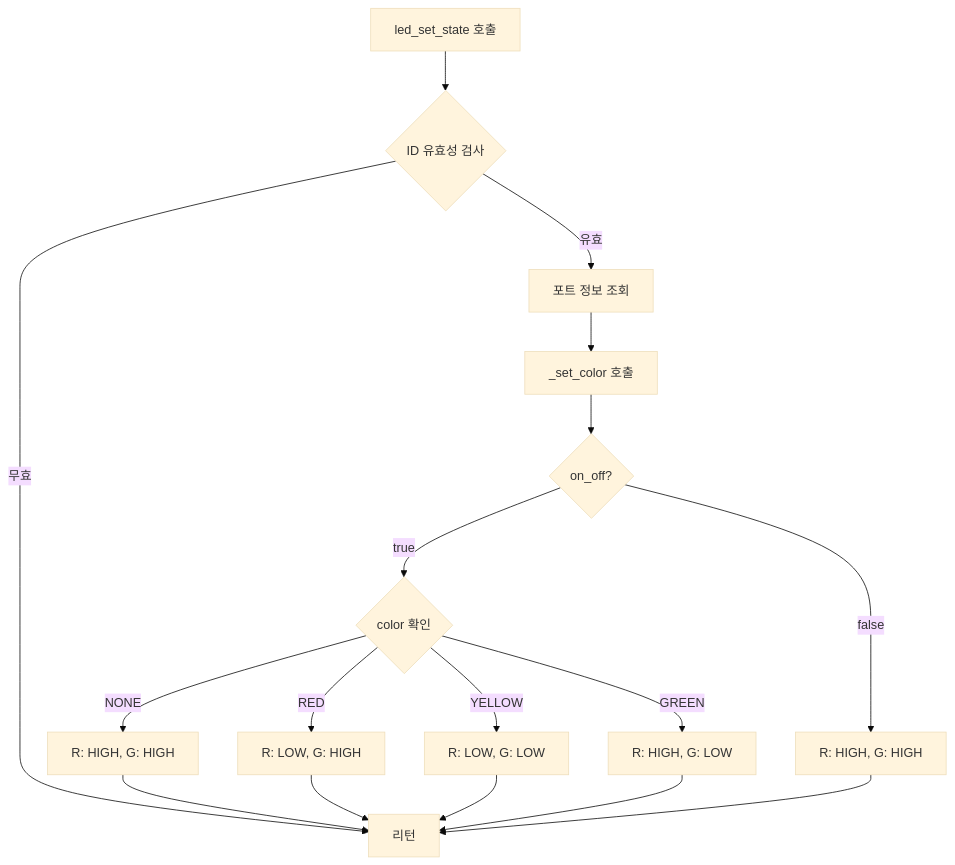
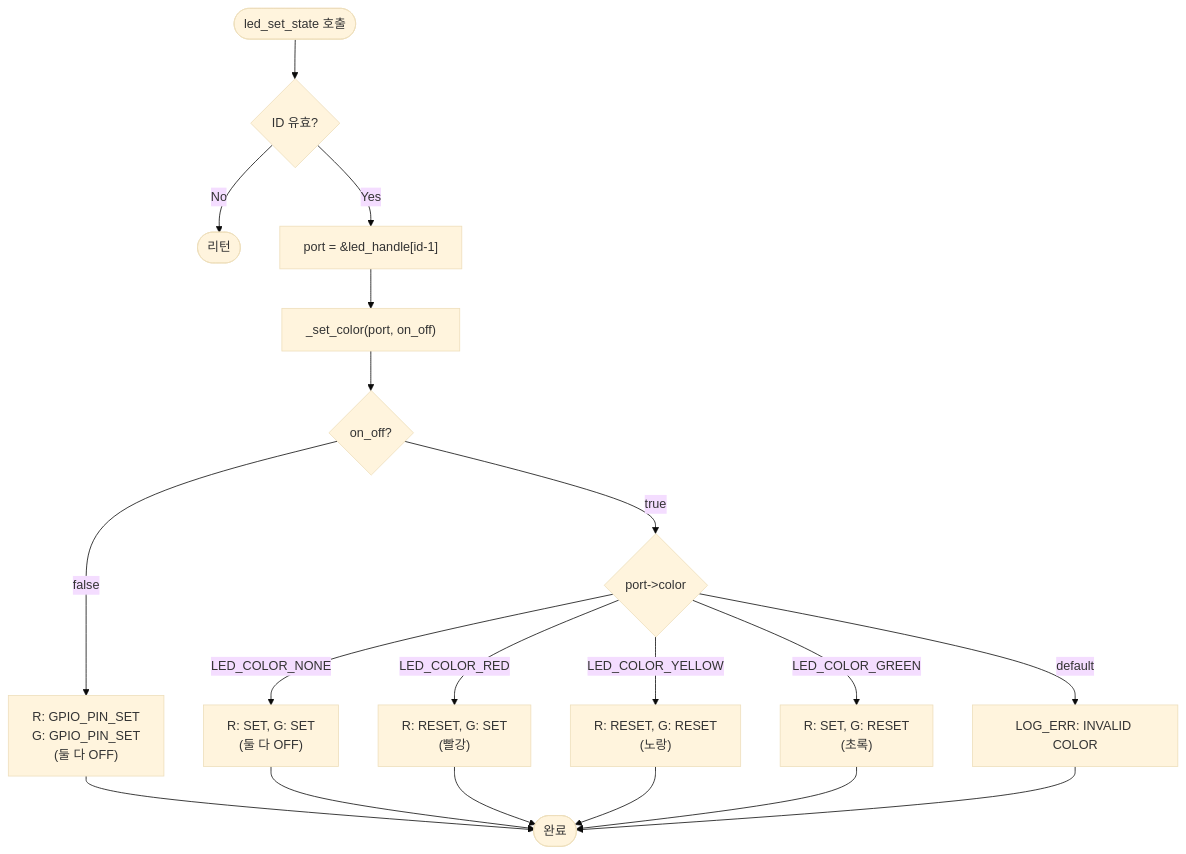
Before and after one commit to mj-kang-iotiz/my_test: the fifth of 7 diagrams in docs/LED_LIBRARY.md, drawn with Mermaid (base theme). The commit also changed other lines of this file and 2 other files, not shown here.

First line of the commit message:
docs: GPS, GSM, LED 라이브러리 기술 문서 대폭 보강

````diff
--- a/docs/LED_LIBRARY.md
+++ b/docs/LED_LIBRARY.md
@@ -204,24 +438,27 @@
 ```mermaid
 flowchart TD
-    START[led_set_state 호출] --> VALIDATE{ID 유효성 검사}
-    VALIDATE -->|무효| END[리턴]
+    START([led_set_state 호출]) --> CHECK_ID{ID 유효?}
+    CHECK_ID -->|No| END_INVALID([리턴])
+    CHECK_ID -->|Yes| GET_PORT["port = &led_handle[id-1]"]
 
-    VALIDATE -->|유효| GET_PORT[포트 정보 조회]
-    GET_PORT --> SET_COLOR[_set_color 호출]
+    GET_PORT --> CALL_SET["_set_color(port, on_off)"]
 
-    SET_COLOR --> ON_OFF{on_off?}
+    CALL_SET --> CHECK_ONOFF{on_off?}
 
-    ON_OFF -->|true| SWITCH{color 확인}
-    ON_OFF -->|false| ALL_OFF[R: HIGH, G: HIGH]
+    CHECK_ONOFF -->|false| ALL_OFF["R: GPIO_PIN_SET<br/>G: GPIO_PIN_SET<br/>(둘 다 OFF)"]
 
-    SWITCH -->|NONE| BOTH_OFF[R: HIGH, G: HIGH]
-    SWITCH -->|RED| RED_ON[R: LOW, G: HIGH]
-    SWITCH -->|YELLOW| YELLOW_ON[R: LOW, G: LOW]
-    SWITCH -->|GREEN| GREEN_ON[R: HIGH, G: LOW]
+    CHECK_ONOFF -->|true| SWITCH{port->color}
 
-    BOTH_OFF --> END
-    RED_ON --> END
-    YELLOW_ON --> END
-    GREEN_ON --> END
-    ALL_OFF --> END
+    SWITCH -->|LED_COLOR_NONE| BOTH_SET["R: SET, G: SET<br/>(둘 다 OFF)"]
+    SWITCH -->|LED_COLOR_RED| RED["R: RESET, G: SET<br/>(빨강)"]
+    SWITCH -->|LED_COLOR_YELLOW| YELLOW["R: RESET, G: RESET<br/>(노랑)"]
+    SWITCH -->|LED_COLOR_GREEN| GREEN["R: SET, G: RESET<br/>(초록)"]
+    SWITCH -->|default| ERROR["LOG_ERR: INVALID COLOR"]
+
+    ALL_OFF --> END([완료])
+    BOTH_SET --> END
+    RED --> END
+    YELLOW --> END
+    GREEN --> END
+    ERROR --> END
 ```
````
